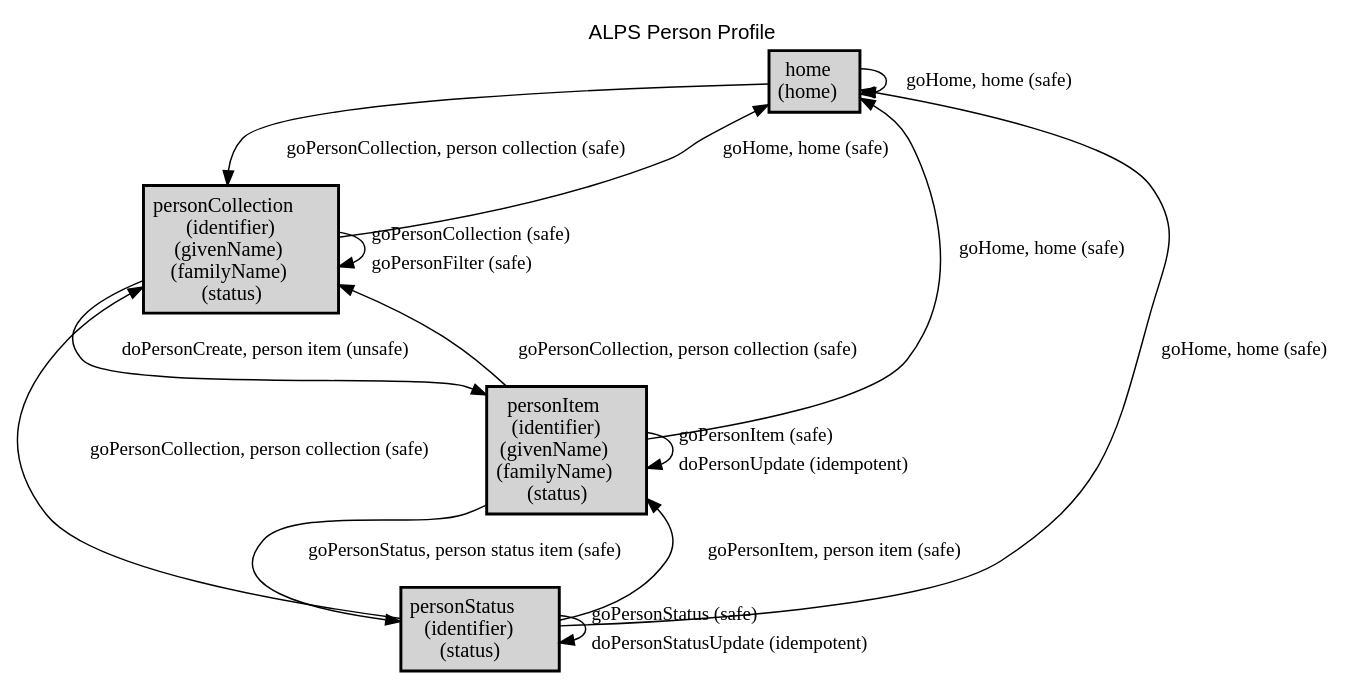
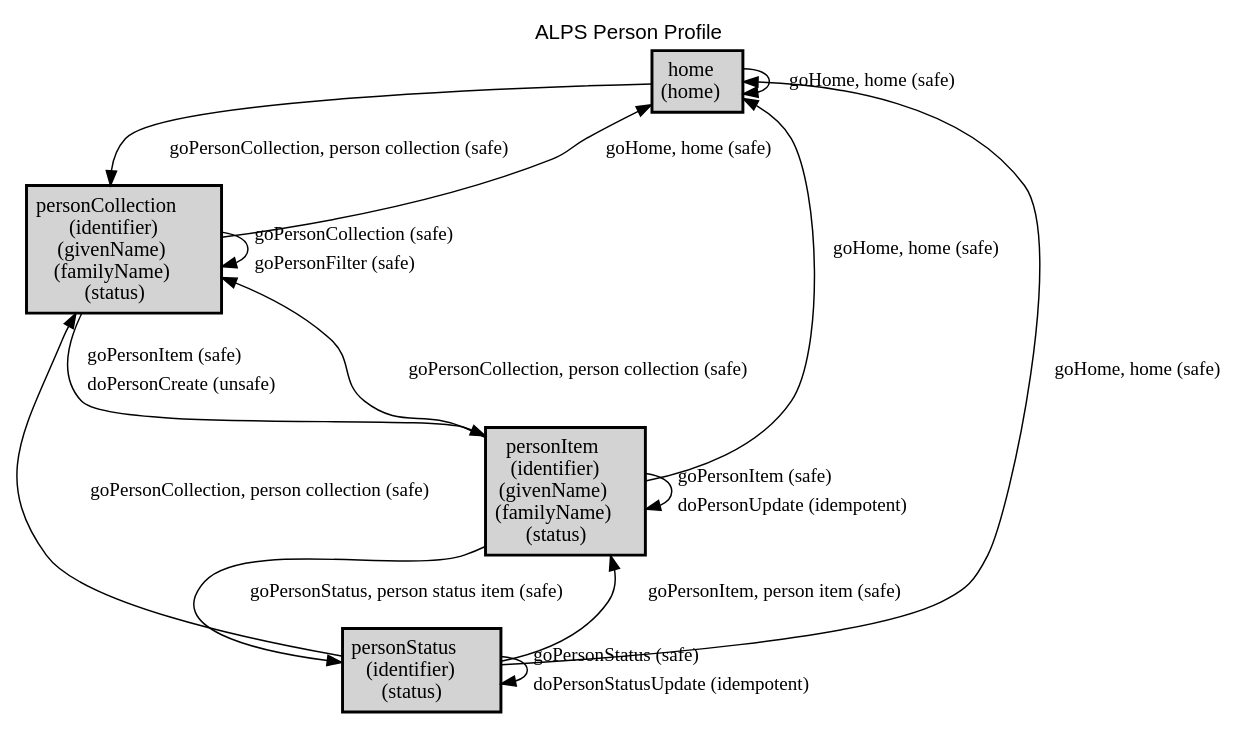
The diagram in person/person.dot (alps-io/alps-asd-playground), drawn with Graphviz before and after one commit. The commit also changed 3 other files, not shown here.

Commit message:
update personCollection

```diff
--- a/person/person.dot
+++ b/person/person.dot
@@ -1,30 +1,30 @@
 digraph application_state_diagram {
   graph [
     labelloc="t";
     fontname="Helvetica"
     label="ALPS Person Profile";
     URL="index.html" target="_parent"
   ];
   node [shape = box, style = "bold,filled" fillcolor="lightgray"];
 
     home [margin=0.02, label=<<table cellspacing="0" cellpadding="5" border="0"><tr><td>home<br />(home)<br /></td></tr></table>>,shape=box URL="docs/semantic.home.html" target="_parent"]
     personCollection [margin=0.02, label=<<table cellspacing="0" cellpadding="5" border="0"><tr><td>personCollection<br />(identifier)<br />(givenName)<br />(familyName)<br />(status)<br /></td></tr></table>>,shape=box URL="docs/semantic.personCollection.html" target="_parent"]
     personItem [margin=0.02, label=<<table cellspacing="0" cellpadding="5" border="0"><tr><td>personItem<br />(identifier)<br />(givenName)<br />(familyName)<br />(status)<br /></td></tr></table>>,shape=box URL="docs/semantic.personItem.html" target="_parent"]
     personStatus [margin=0.02, label=<<table cellspacing="0" cellpadding="5" border="0"><tr><td>personStatus<br />(identifier)<br />(status)<br /></td></tr></table>>,shape=box URL="docs/semantic.personStatus.html" target="_parent"]
 
     home -> home [label = "goHome, home (safe)" URL="docs/safe.goHome.html" target="_parent" fontsize=13];
     home -> personCollection [label = "goPersonCollection, person collection (safe)" URL="docs/safe.goPersonCollection.html" target="_parent" fontsize=13];
     personCollection -> home [label = "goHome, home (safe)" URL="docs/safe.goHome.html" target="_parent" fontsize=13];
     personCollection -> personCollection [label=<<table  border="0"><tr><td align="left" href="docs/safe.goPersonCollection.html">goPersonCollection (safe)</td></tr><tr><td align="left" href="docs/safe.goPersonFilter.html">goPersonFilter (safe)</td></tr></table>> fontsize=13];
-    personCollection -> personItem [label = "doPersonCreate, person item (unsafe)" URL="docs/unsafe.doPersonCreate.html" target="_parent" fontsize=13];
+    personCollection -> personItem [label=<<table  border="0"><tr><td align="left" href="docs/safe.goPersonItem.html">goPersonItem (safe)</td></tr><tr><td align="left" href="docs/unsafe.doPersonCreate.html">doPersonCreate (unsafe)</td></tr></table>> fontsize=13];
     personItem -> home [label = "goHome, home (safe)" URL="docs/safe.goHome.html" target="_parent" fontsize=13];
     personItem -> personCollection [label = "goPersonCollection, person collection (safe)" URL="docs/safe.goPersonCollection.html" target="_parent" fontsize=13];
     personItem -> personItem [label=<<table  border="0"><tr><td align="left" href="docs/safe.goPersonItem.html">goPersonItem (safe)</td></tr><tr><td align="left" href="docs/idempotent.doPersonUpdate.html">doPersonUpdate (idempotent)</td></tr></table>> fontsize=13];
     personItem -> personStatus [label = "goPersonStatus, person status item (safe)" URL="docs/safe.goPersonStatus.html" target="_parent" fontsize=13];
     personStatus -> home [label = "goHome, home (safe)" URL="docs/safe.goHome.html" target="_parent" fontsize=13];
     personStatus -> personCollection [label = "goPersonCollection, person collection (safe)" URL="docs/safe.goPersonCollection.html" target="_parent" fontsize=13];
     personStatus -> personItem [label = "goPersonItem, person item (safe)" URL="docs/safe.goPersonItem.html" target="_parent" fontsize=13];
     personStatus -> personStatus [label=<<table  border="0"><tr><td align="left" href="docs/safe.goPersonStatus.html">goPersonStatus (safe)</td></tr><tr><td align="left" href="docs/idempotent.doPersonStatusUpdate.html">doPersonStatusUpdate (idempotent)</td></tr></table>> fontsize=13];
 
 
 }
```
